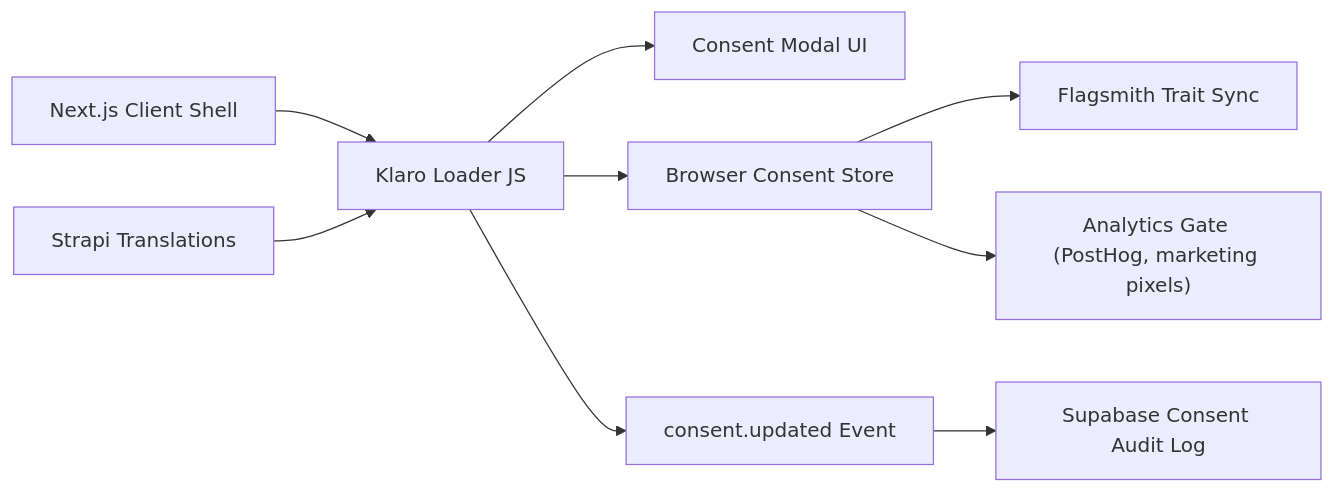
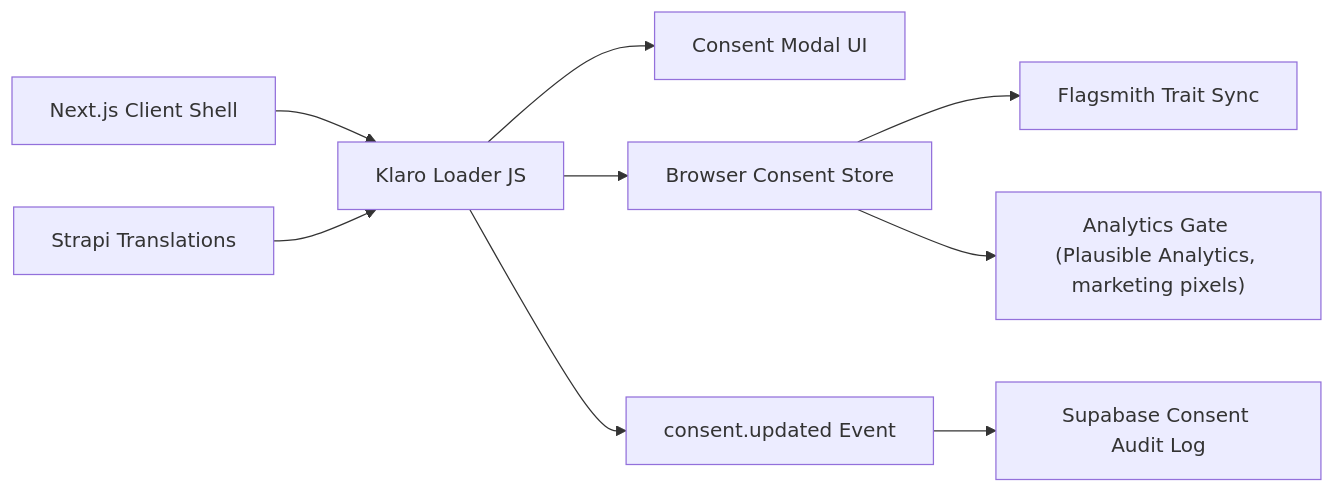
One commit to marcelkenner/clarivum changed the diagram in docs/diagrams/adr-014-cookie-consent-and-preference-management/architecture-overview.mmd. Above: the diagram before and after it, drawn with Mermaid. The commit also changed 64 other files, not shown here.

````diff
--- a/docs/diagrams/adr-014-cookie-consent-and-preference-management/architecture-overview.mmd
+++ b/docs/diagrams/adr-014-cookie-consent-and-preference-management/architecture-overview.mmd
@@ -1,11 +1,11 @@
 ```mermaid
 flowchart LR
     NextApp["Next.js Client Shell"] --> KlaroLoader["Klaro Loader JS"]
     KlaroLoader --> ConsentModal["Consent Modal UI"]
     KlaroLoader --> ConsentStore["Browser Consent Store"]
     ConsentStore --> FlagsmithTraits["Flagsmith Trait Sync"]
-    ConsentStore --> AnalyticsGate["Analytics Gate (PostHog, marketing pixels)"]
+    ConsentStore --> AnalyticsGate["Analytics Gate (Plausible Analytics, marketing pixels)"]
     KlaroLoader --> AuditPublisher["consent.updated Event"]
     AuditPublisher --> SupabaseAudit["Supabase Consent Audit Log"]
     StrapiTranslations["Strapi Translations"] --> KlaroLoader
 ```
````
